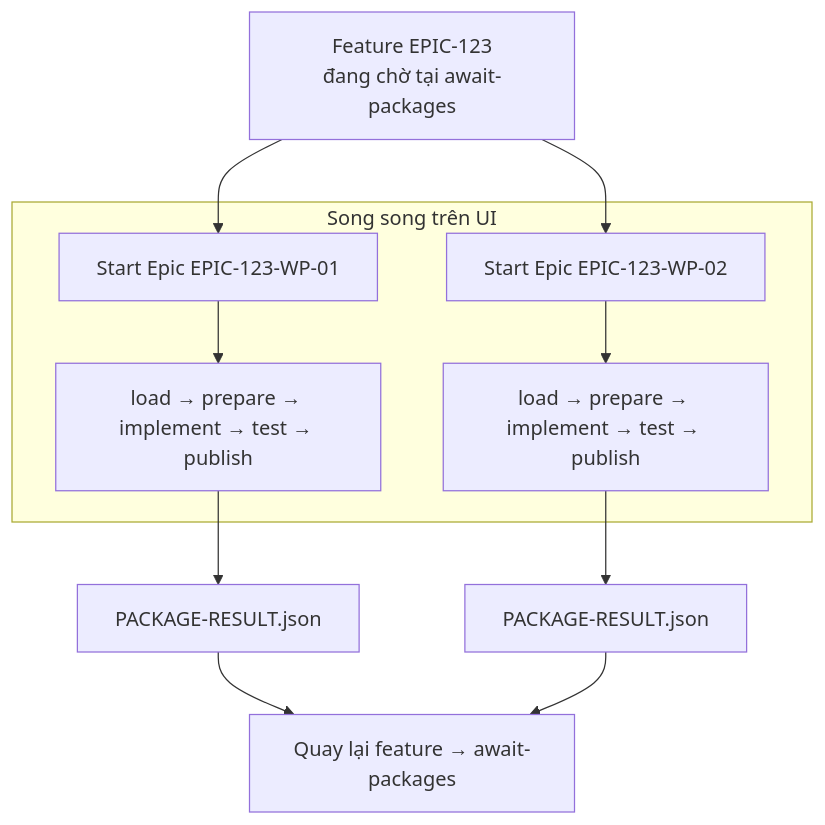
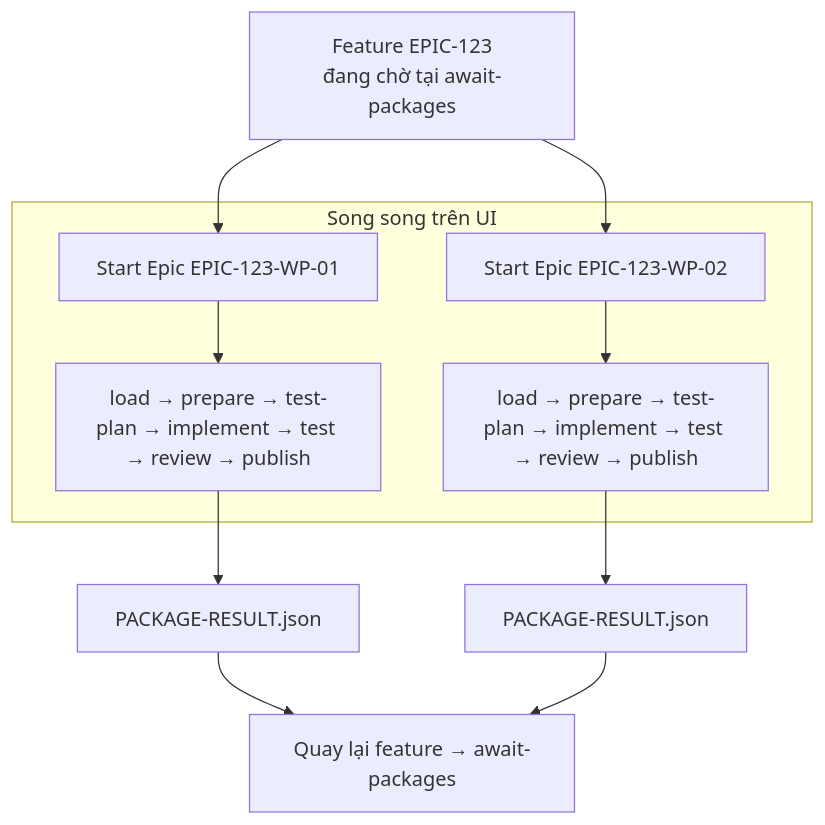
One commit to o00ontcong/aidlc changed the eighth of 9 diagrams in packages/extension/media/guides/cohesive-delivery.md. Above: the diagram before and after it, drawn with Mermaid. The commit also changed other lines of this file and 55 other files, not shown here.

````diff
--- a/packages/extension/media/guides/cohesive-delivery.md
+++ b/packages/extension/media/guides/cohesive-delivery.md
@@ -375,17 +467,17 @@
 ```mermaid
 flowchart TB
   FC[Feature EPIC-123\nđang chờ tại await-packages]
 
   FC --> W1[Start Epic EPIC-123-WP-01]
   FC --> W2[Start Epic EPIC-123-WP-02]
 
   subgraph parallel ["Song song trên UI"]
-    W1 --> A1[load → prepare → implement → test → publish]
-    W2 --> A2[load → prepare → implement → test → publish]
+    W1 --> A1[load → prepare → test-plan → implement → test → review → publish]
+    W2 --> A2[load → prepare → test-plan → implement → test → review → publish]
   end
 
   A1 --> R1[PACKAGE-RESULT.json]
   A2 --> R2[PACKAGE-RESULT.json]
   R1 --> Back[Quay lại feature → await-packages]
   R2 --> Back
 ```
````
